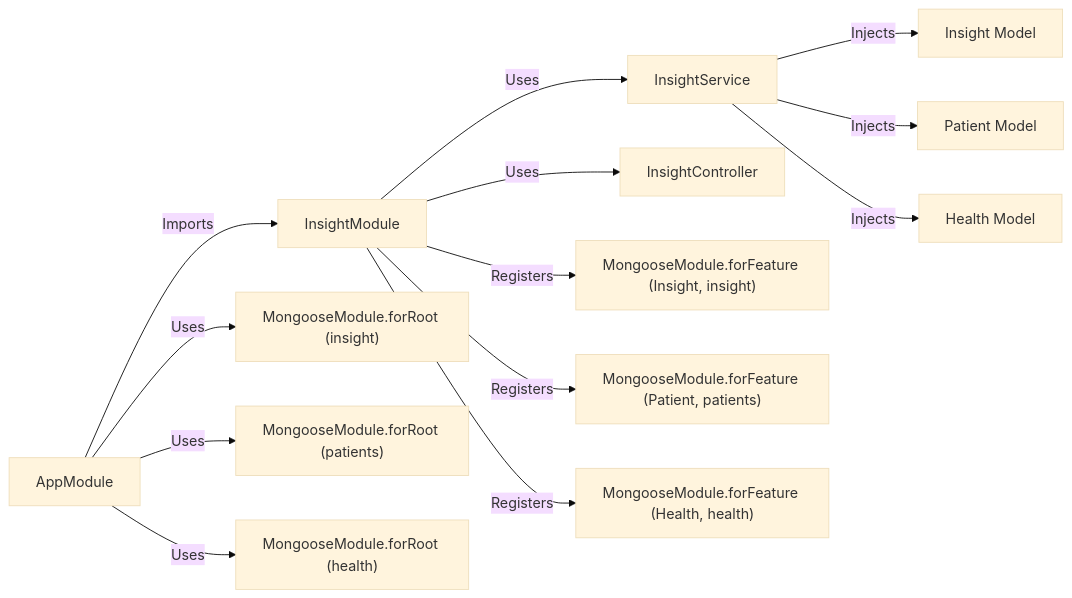
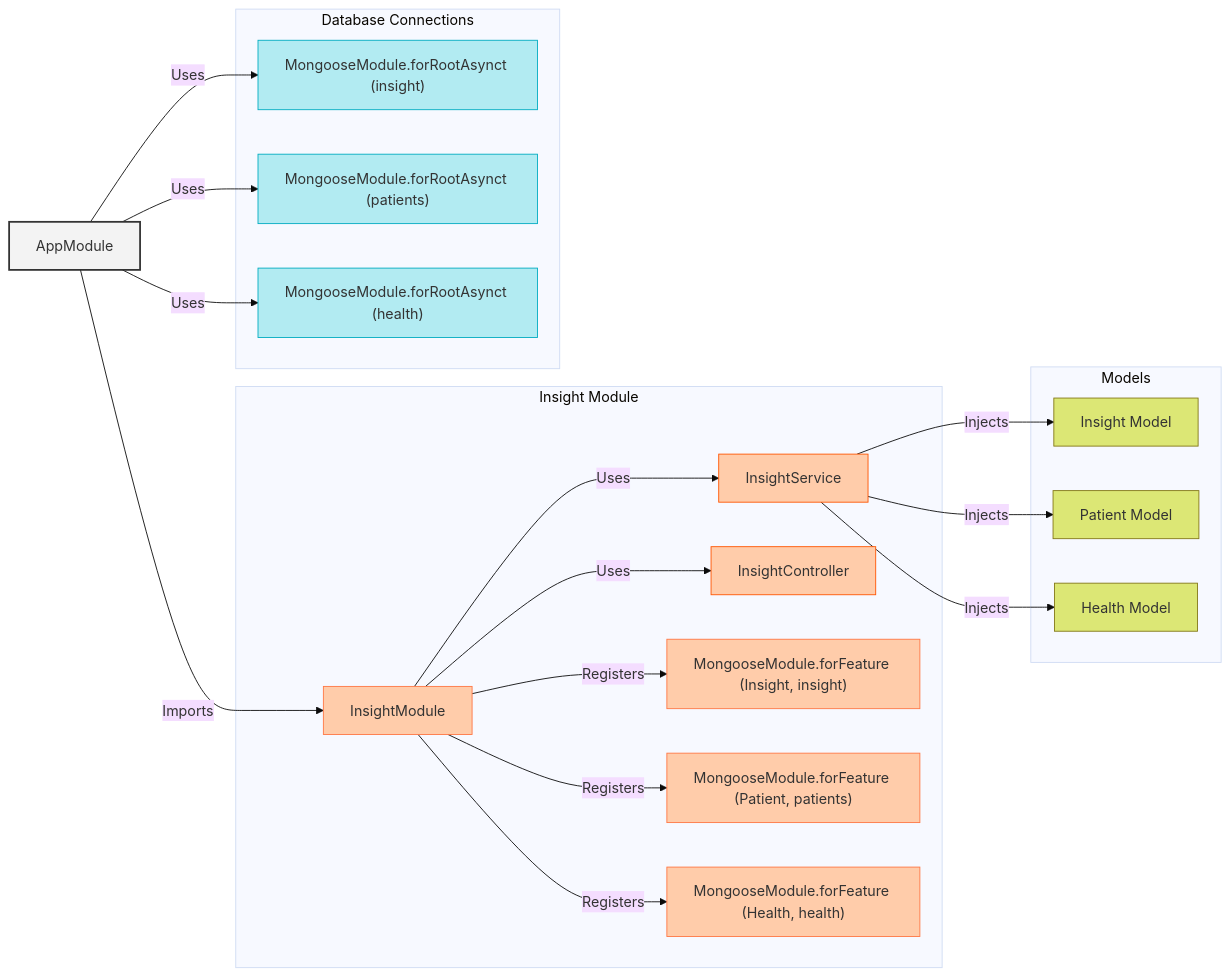
Before and after one commit to kelvin-bz/nestjs-mongooes-multiple-database: the second of 2 diagrams in README.md, drawn with Mermaid (base theme). The commit also changed other lines of this file and 12 other files, not shown here.

````diff
--- a/README.md
+++ b/README.md
@@ -28,19 +33,49 @@
 ```mermaid
 graph LR
-    B["AppModule"] -->|Imports| C["InsightModule"]
-    C -->|Uses| D["InsightService"]
-    C -->|Uses| E["InsightController"]
-    
-    B -->|Uses| F["MongooseModule.forRoot (insight)"]
-    B -->|Uses| G["MongooseModule.forRoot (patients)"]
-    B -->|Uses| H["MongooseModule.forRoot (health)"]
-    
-    C -->|Registers| I["MongooseModule.forFeature (Insight, insight)"]
-    C -->|Registers| J["MongooseModule.forFeature (Patient, patients)"]
-    C -->|Registers| K["MongooseModule.forFeature (Health, health)"]
-    
-    D -->|Injects| L["Insight Model"]
-    D -->|Injects| M["Patient Model"]
-    D -->|Injects| N["Health Model"]
+    B["AppModule"]
+    style B fill:#f3f3f3,stroke:#333,stroke-width:2px;
+
+    subgraph "Insight Module" ["Insight Module"]
+        C["InsightModule"]
+        style C fill:#ffccaa,stroke:#ff7744,stroke-width:1px;
+        D["InsightService"]
+        style D fill:#ffccaa,stroke:#ff5500,stroke-width:1px;
+        E["InsightController"]
+        style E fill:#ffccaa,stroke:#ff5500,stroke-width:1px;
+        C -->|Uses| D
+        C -->|Uses| E
+        C -->|Registers| I["MongooseModule.forFeature (Insight, insight)"]
+        style I fill:#ffccaa,stroke:#ff7744,stroke-width:1px;
+        C -->|Registers| J["MongooseModule.forFeature (Patient, patients)"]
+        style J fill:#ffccaa,stroke:#ff7744,stroke-width:1px;
+        C -->|Registers| K["MongooseModule.forFeature (Health, health)"]
+        style K fill:#ffccaa,stroke:#ff7744,stroke-width:1px;
+    end
+
+    subgraph "Database Connections" ["Database Connections"]
+        F["MongooseModule.forRootAsynct (insight)"]
+        style F fill:#b2ebf2,stroke:#00acc1,stroke-width:1px;
+        G["MongooseModule.forRootAsynct (patients)"]
+        style G fill:#b2ebf2,stroke:#00acc1,stroke-width:1px;
+        H["MongooseModule.forRootAsynct (health)"]
+        style H fill:#b2ebf2,stroke:#00acc1,stroke-width:1px;
+    end
+
+    subgraph "Models" ["Models"]
+        L["Insight Model"]
+        style L fill:#dce775,stroke:#827717,stroke-width:1px;
+        M["Patient Model"]
+        style M fill:#dce775,stroke:#827717,stroke-width:1px;
+        N["Health Model"]
+        style N fill:#dce775,stroke:#827717,stroke-width:1px;
+        D -->|Injects| L
+        D -->|Injects| M
+        D -->|Injects| N
+    end
+
+    B -->|Imports| C
+    B -->|Uses| F
+    B -->|Uses| G
+    B -->|Uses| H
 
 ```
````
